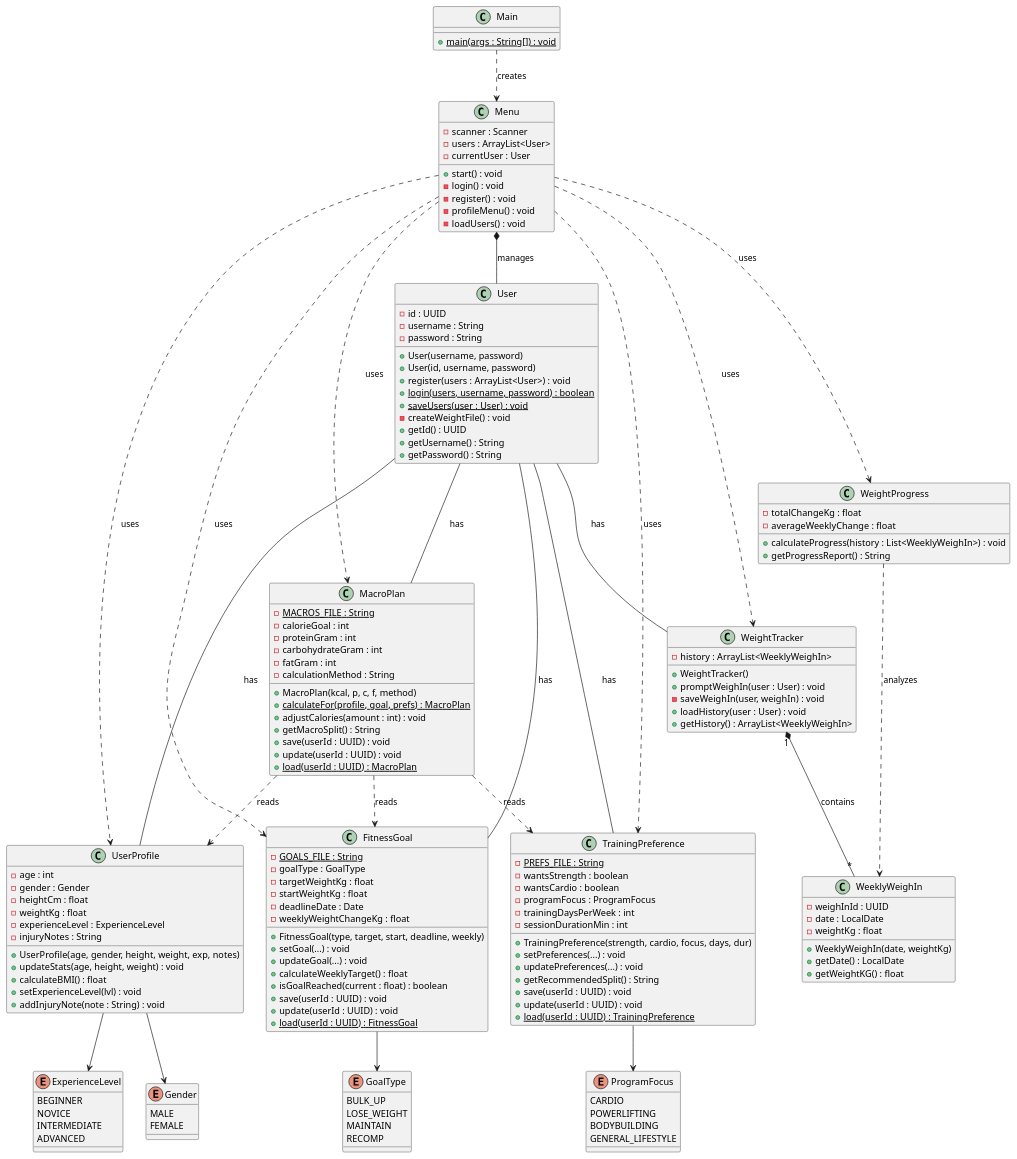
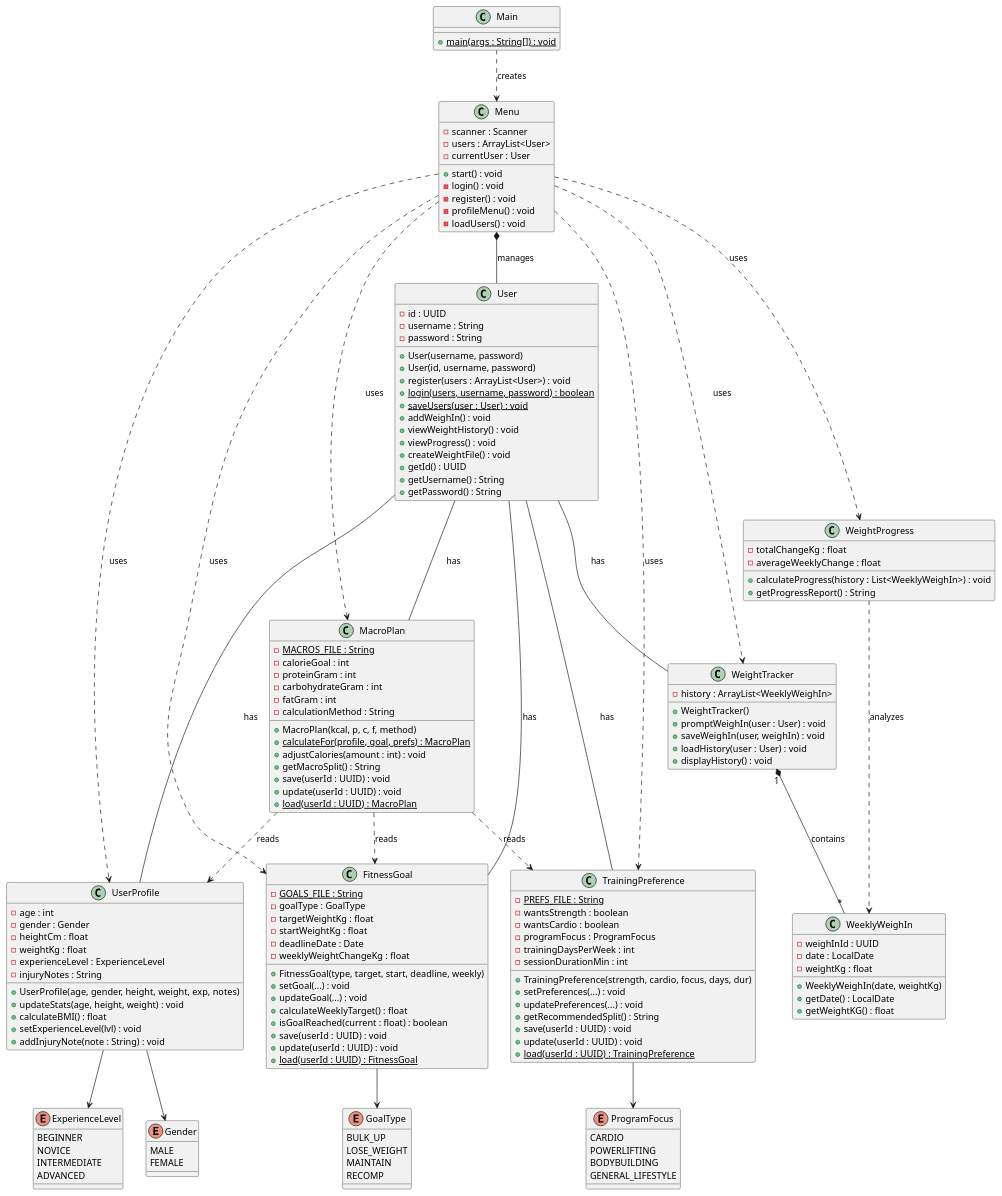
Before and after one commit to thooleif/ICE-Opgave: the diagram in doc/KlassediagramFinal.puml, drawn with PlantUML. The commit also changed 2 other files, not shown here.

Commit message:
Lavet de sidste tilføjelser i menu klassen og fikset metoder til ordenligt display

```diff
--- a/doc/KlassediagramFinal.puml
+++ b/doc/KlassediagramFinal.puml
@@ -1,182 +1,185 @@
 @startuml FitnessApp
 
 '  ENUMS
 
 enum Gender {
     MALE
     FEMALE
 }
 
 enum ExperienceLevel {
     BEGINNER
     NOVICE
     INTERMEDIATE
     ADVANCED
 }
 
 enum GoalType {
     BULK_UP
     LOSE_WEIGHT
     MAINTAIN
     RECOMP
 }
 
 enum ProgramFocus {
     CARDIO
     POWERLIFTING
     BODYBUILDING
     GENERAL_LIFESTYLE
 }
 
 ' CLASSES
 
 class Main {
     + {static} main(args : String[]) : void
 }
 
 class Menu {
     - scanner : Scanner
     - users : ArrayList<User>
     - currentUser : User
     + start() : void
     - login() : void
     - register() : void
     - profileMenu() : void
     - loadUsers() : void
 }
 
 class User {
     - id : UUID
     - username : String
     - password : String
     + User(username, password)
     + User(id, username, password)
     + register(users : ArrayList<User>) : void
     + {static} login(users, username, password) : boolean
     + {static} saveUsers(user : User) : void
-    - createWeightFile() : void
+    + addWeighIn() : void
+    + viewWeightHistory() : void
+    + viewProgress() : void
+    + createWeightFile() : void
     + getId() : UUID
     + getUsername() : String
     + getPassword() : String
 }
 
 class UserProfile {
     - age : int
     - gender : Gender
     - heightCm : float
     - weightKg : float
     - experienceLevel : ExperienceLevel
     - injuryNotes : String
     + UserProfile(age, gender, height, weight, exp, notes)
     + updateStats(age, height, weight) : void
     + calculateBMI() : float
     + setExperienceLevel(lvl) : void
     + addInjuryNote(note : String) : void
 }
 
 class FitnessGoal {
     - {static} GOALS_FILE : String
     - goalType : GoalType
     - targetWeightKg : float
     - startWeightKg : float
     - deadlineDate : Date
     - weeklyWeightChangeKg : float
     + FitnessGoal(type, target, start, deadline, weekly)
     + setGoal(...) : void
     + updateGoal(...) : void
     + calculateWeeklyTarget() : float
     + isGoalReached(current : float) : boolean
     + save(userId : UUID) : void
     + update(userId : UUID) : void
     + {static} load(userId : UUID) : FitnessGoal
 }
 
 class TrainingPreference {
     - {static} PREFS_FILE : String
     - wantsStrength : boolean
     - wantsCardio : boolean
     - programFocus : ProgramFocus
     - trainingDaysPerWeek : int
     - sessionDurationMin : int
     + TrainingPreference(strength, cardio, focus, days, dur)
     + setPreferences(...) : void
     + updatePreferences(...) : void
     + getRecommendedSplit() : String
     + save(userId : UUID) : void
     + update(userId : UUID) : void
     + {static} load(userId : UUID) : TrainingPreference
 }
 
 class MacroPlan {
     - {static} MACROS_FILE : String
     - calorieGoal : int
     - proteinGram : int
     - carbohydrateGram : int
     - fatGram : int
     - calculationMethod : String
     + MacroPlan(kcal, p, c, f, method)
     + {static} calculateFor(profile, goal, prefs) : MacroPlan
     + adjustCalories(amount : int) : void
     + getMacroSplit() : String
     + save(userId : UUID) : void
     + update(userId : UUID) : void
     + {static} load(userId : UUID) : MacroPlan
 }
 
 class WeightTracker {
     - history : ArrayList<WeeklyWeighIn>
     + WeightTracker()
     + promptWeighIn(user : User) : void
-    - saveWeighIn(user, weighIn) : void
+    + saveWeighIn(user, weighIn) : void
     + loadHistory(user : User) : void
-    + getHistory() : ArrayList<WeeklyWeighIn>
+    + displayHistory() : void
 }
 
 class WeeklyWeighIn {
     - weighInId : UUID
     - date : LocalDate
     - weightKg : float
     + WeeklyWeighIn(date, weightKg)
     + getDate() : LocalDate
     + getWeightKG() : float
 }
 
 class WeightProgress {
     - totalChangeKg : float
     - averageWeeklyChange : float
     + calculateProgress(history : List<WeeklyWeighIn>) : void
     + getProgressReport() : String
 }
 
 ' ==================== RELATIONS ====================
 
 Main ..> Menu : creates
 
 Menu *-- User : manages
 Menu ..> UserProfile : uses
 Menu ..> FitnessGoal : uses
 Menu ..> TrainingPreference : uses
 Menu ..> MacroPlan : uses
 Menu ..> WeightTracker : uses
 Menu ..> WeightProgress : uses
 
 User  --  UserProfile : has
 User  --  FitnessGoal : has
 User  --  TrainingPreference : has
 User  --  MacroPlan : has
 User  --  WeightTracker : has
 
 WeightTracker "1" *-- "*" WeeklyWeighIn : contains
 WeightProgress ..> WeeklyWeighIn : analyzes
 
 MacroPlan ..> UserProfile : reads
 MacroPlan ..> FitnessGoal : reads
 MacroPlan ..> TrainingPreference : reads
 
 ' Enum links
 UserProfile --> Gender
 UserProfile --> ExperienceLevel
 FitnessGoal --> GoalType
 TrainingPreference --> ProgramFocus
 
 @enduml
```
